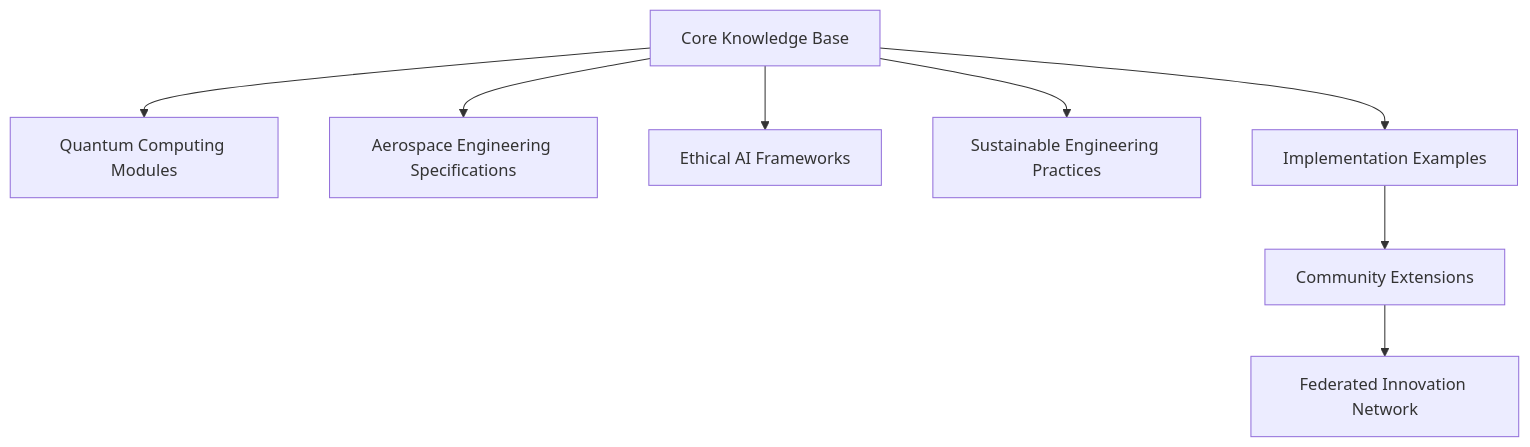
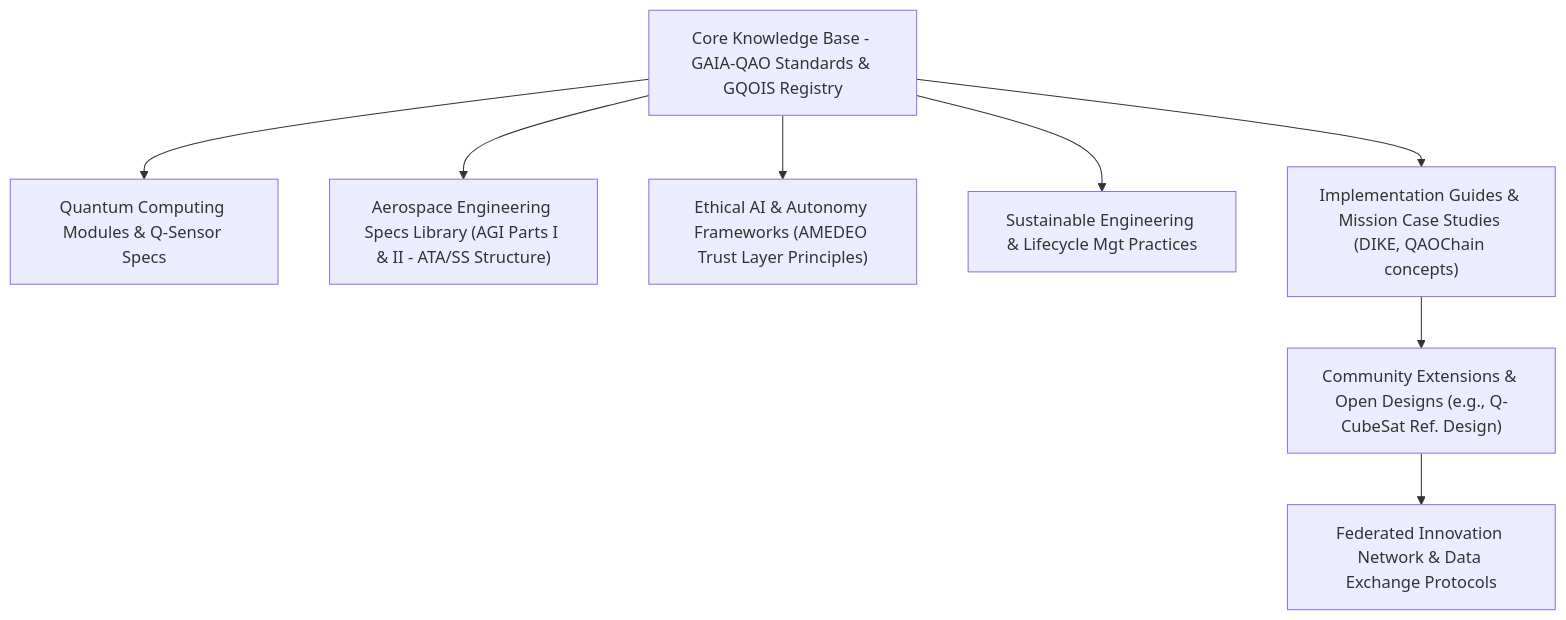
The first of 2 diagrams in README.md (ampel360/Robbbo-T), drawn with Mermaid before and after one commit. The commit also changed other lines of this file, not shown here.

````diff
--- a/README.md
+++ b/README.md
@@ -1767,10 +223,10 @@
 ```mermaid
 graph TD
-    Core[Core Knowledge Base] --> QCM[Quantum Computing Modules]
-    Core --> AEROSPEC[Aerospace Engineering Specifications]
-    Core --> ETHAI[Ethical AI Frameworks]
-    Core --> SUSTAIN[Sustainable Engineering Practices]
-    Core --> IMPL[Implementation Examples]
-    IMPL --> COMMUNITY[Community Extensions]
-    COMMUNITY --> FEDNET[Federated Innovation Network]
+    Core["Core Knowledge Base - GAIA-QAO Standards & GQOIS Registry"] --> QCM["Quantum Computing Modules & Q-Sensor Specs"]
+    Core --> AEROSPEC["Aerospace Engineering Specs Library (AGI Parts I & II - ATA/SS Structure)"]
+    Core --> ETHAI["Ethical AI & Autonomy Frameworks (AMEDEO Trust Layer Principles)"]
+    Core --> SUSTAIN["Sustainable Engineering & Lifecycle Mgt Practices"]
+    Core --> IMPL["Implementation Guides & Mission Case Studies (DIKE, QAOChain concepts)"]
+    IMPL --> COMMUNITY["Community Extensions & Open Designs (e.g., Q-CubeSat Ref. Design)"]
+    COMMUNITY --> FEDNET["Federated Innovation Network & Data Exchange Protocols"]
 ```
````
